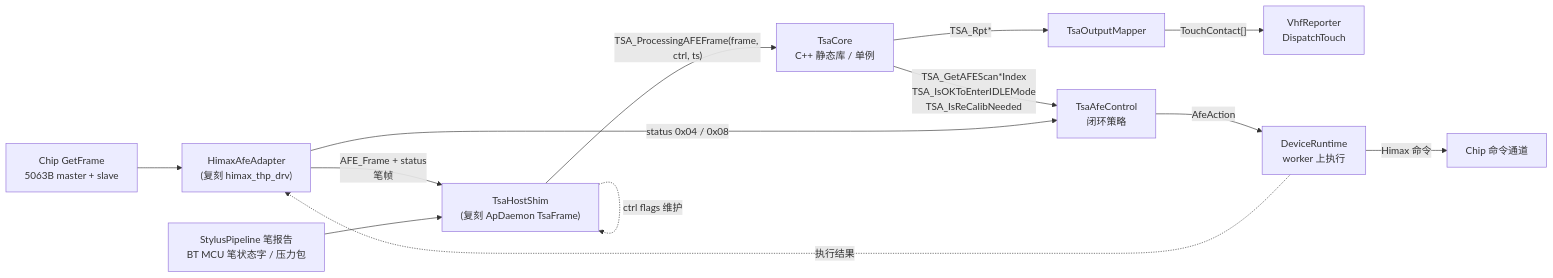
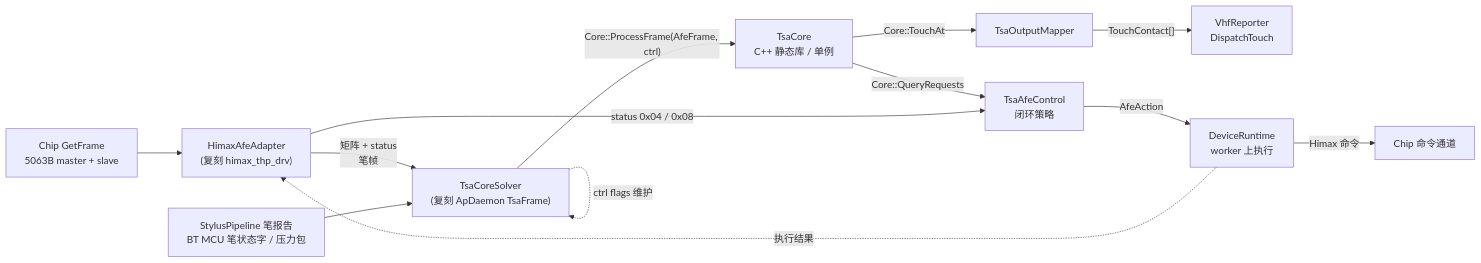
Before and after one commit to awarson2233/EGoTouchRev: the first of 10 diagrams in docs/finger_algorithms/tsacore-raw-integration.md, drawn with Mermaid. The commit also changed other lines of this file and 34 other files, not shown here.

First line of the commit message:
refactor(tsacore): 宿主接口改成类型化的 TsaCore.h，删掉 shim 与核里的死代码

````diff
--- a/docs/finger_algorithms/tsacore-raw-integration.md
+++ b/docs/finger_algorithms/tsacore-raw-integration.md
@@ -22,15 +22,15 @@
 ```mermaid
 flowchart LR
     SPI["Chip GetFrame<br/>5063B master + slave"] --> AD["HimaxAfeAdapter<br/>(复刻 himax_thp_drv)"]
-    AD -->|"AFE_Frame + status<br/>笔帧"| SH["TsaHostShim<br/>(复刻 ApDaemon TsaFrame)"]
-    PEN["StylusPipeline 笔报告<br/>BT MCU 笔状态字 / 压力包"] --> SH
-    SH -->|"TSA_ProcessingAFEFrame(frame, ctrl, ts)"| RAW["TsaCore<br/>C++ 静态库 / 单例"]
-    RAW -->|"TSA_Rpt*"| OM["TsaOutputMapper"]
+    AD -->|"矩阵 + status<br/>笔帧"| SV["TsaCoreSolver<br/>(复刻 ApDaemon TsaFrame)"]
+    PEN["StylusPipeline 笔报告<br/>BT MCU 笔状态字 / 压力包"] --> SV
+    SV -->|"Core::ProcessFrame(AfeFrame, ctrl)"| RAW["TsaCore<br/>C++ 静态库 / 单例"]
+    RAW -->|"Core::TouchAt"| OM["TsaOutputMapper"]
     OM -->|"TouchContact[]"| VHF["VhfReporter<br/>DispatchTouch"]
-    RAW -->|"TSA_GetAFEScan*Index<br/>TSA_IsOKToEnterIDLEMode<br/>TSA_IsReCalibNeeded"| CL["TsaAfeControl<br/>闭环策略"]
+    RAW -->|"Core::QueryRequests"| CL["TsaAfeControl<br/>闭环策略"]
     AD -->|"status 0x04 / 0x08"| CL
     CL -->|"AfeAction"| RTX["DeviceRuntime<br/>worker 上执行"]
     RTX -->|"Himax 命令"| CHIP["Chip 命令通道"]
     RTX -.->|"执行结果"| AD
-    SH -.->|"ctrl flags 维护"| SH
+    SV -.->|"ctrl flags 维护"| SV
 ```
````
